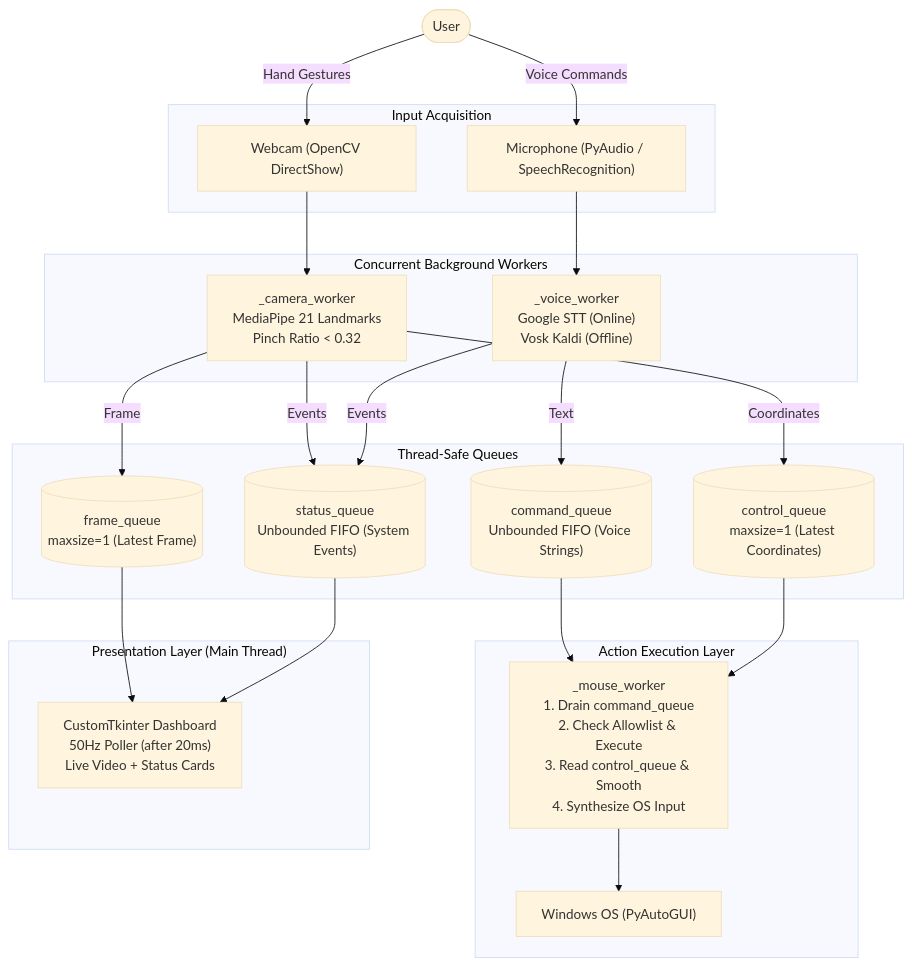
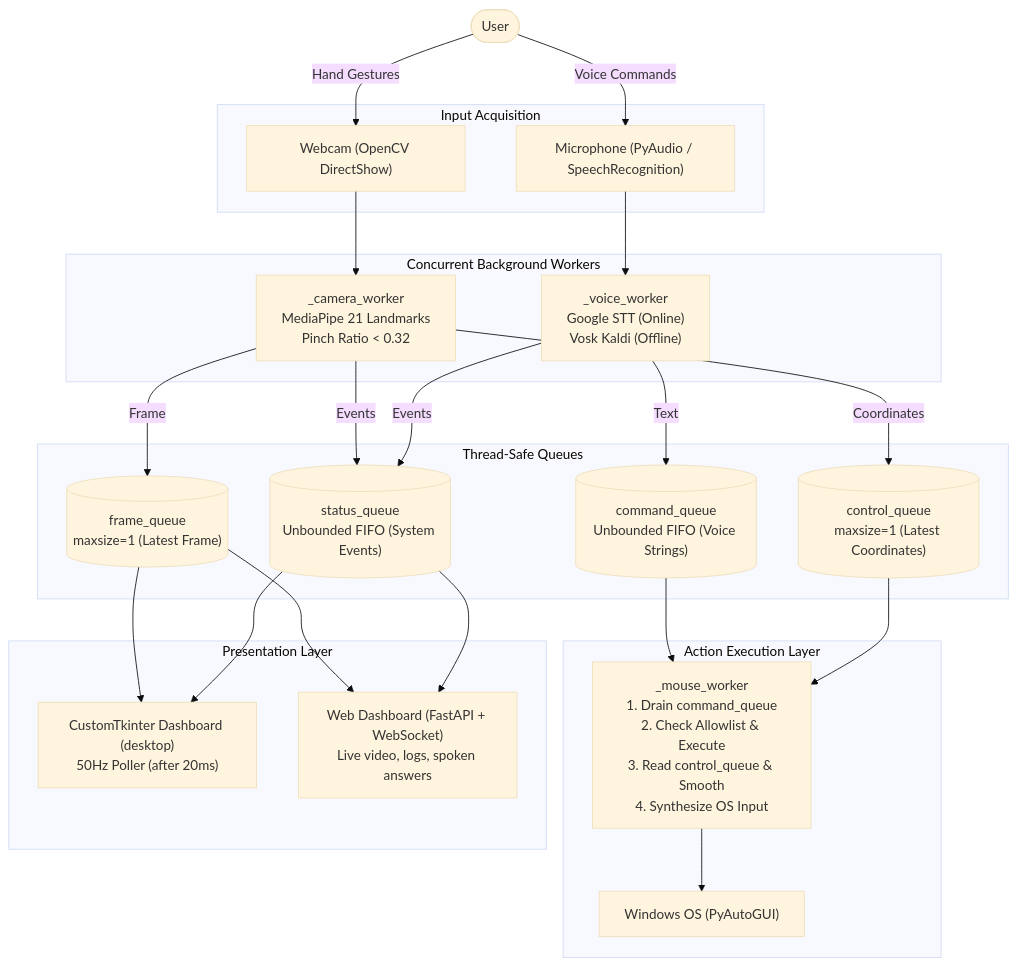
The diagram in README.md (subhashishbudati9976-creator/TRICITY_CENTLE_AITHON), drawn with Mermaid (base theme) before and after one commit. The commit also changed other lines of this file and 17 other files, not shown here.

````diff
--- a/README.md
+++ b/README.md
@@ -70,49 +83,52 @@
 ```mermaid
 flowchart TD
     User([User])
 
     subgraph Inputs ["Input Acquisition"]
         Webcam["Webcam (OpenCV DirectShow)"]
         Mic["Microphone (PyAudio / SpeechRecognition)"]
     end
 
     User -->|Hand Gestures| Webcam
     User -->|Voice Commands| Mic
 
     subgraph Workers ["Concurrent Background Workers"]
         CamWorker["_camera_worker\nMediaPipe 21 Landmarks\nPinch Ratio < 0.32"]
         VoiceWorker["_voice_worker\nGoogle STT (Online)\nVosk Kaldi (Offline)"]
     end
 
     Webcam --> CamWorker
     Mic --> VoiceWorker
 
     subgraph Queues ["Thread-Safe Queues"]
         FrameQ[("frame_queue\nmaxsize=1 (Latest Frame)")]
         ControlQ[("control_queue\nmaxsize=1 (Latest Coordinates)")]
         CommandQ[("command_queue\nUnbounded FIFO (Voice Strings)")]
         StatusQ[("status_queue\nUnbounded FIFO (System Events)")]
     end
 
     CamWorker -->|Frame| FrameQ
     CamWorker -->|Coordinates| ControlQ
     VoiceWorker -->|Text| CommandQ
     CamWorker -->|Events| StatusQ
     VoiceWorker -->|Events| StatusQ
 
     subgraph Action ["Action Execution Layer"]
         MouseWorker["_mouse_worker\n1. Drain command_queue\n2. Check Allowlist & Execute\n3. Read control_queue & Smooth\n4. Synthesize OS Input"]
         OS["Windows OS (PyAutoGUI)"]
     end
 
     CommandQ --> MouseWorker
     ControlQ --> MouseWorker
     MouseWorker --> OS
 
-    subgraph Presentation ["Presentation Layer (Main Thread)"]
-        GUI["CustomTkinter Dashboard\n50Hz Poller (after 20ms)\nLive Video + Status Cards"]
+    subgraph Presentation ["Presentation Layer"]
+        GUI["CustomTkinter Dashboard (desktop)\n50Hz Poller (after 20ms)"]
+        WEB["Web Dashboard (FastAPI + WebSocket)\nLive video, logs, spoken answers"]
     end
 
     FrameQ --> GUI
     StatusQ --> GUI
+    FrameQ --> WEB
+    StatusQ --> WEB
 ```
````
